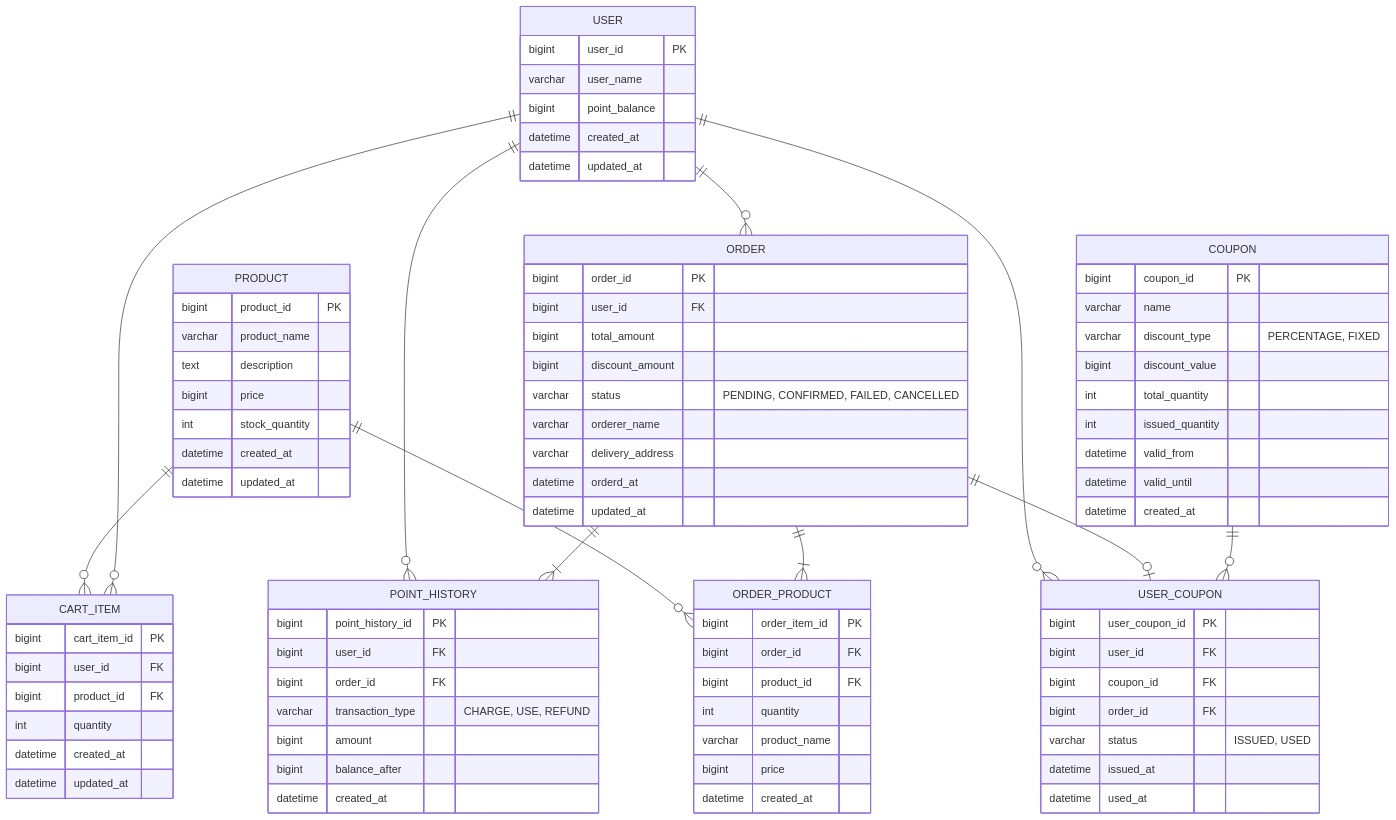
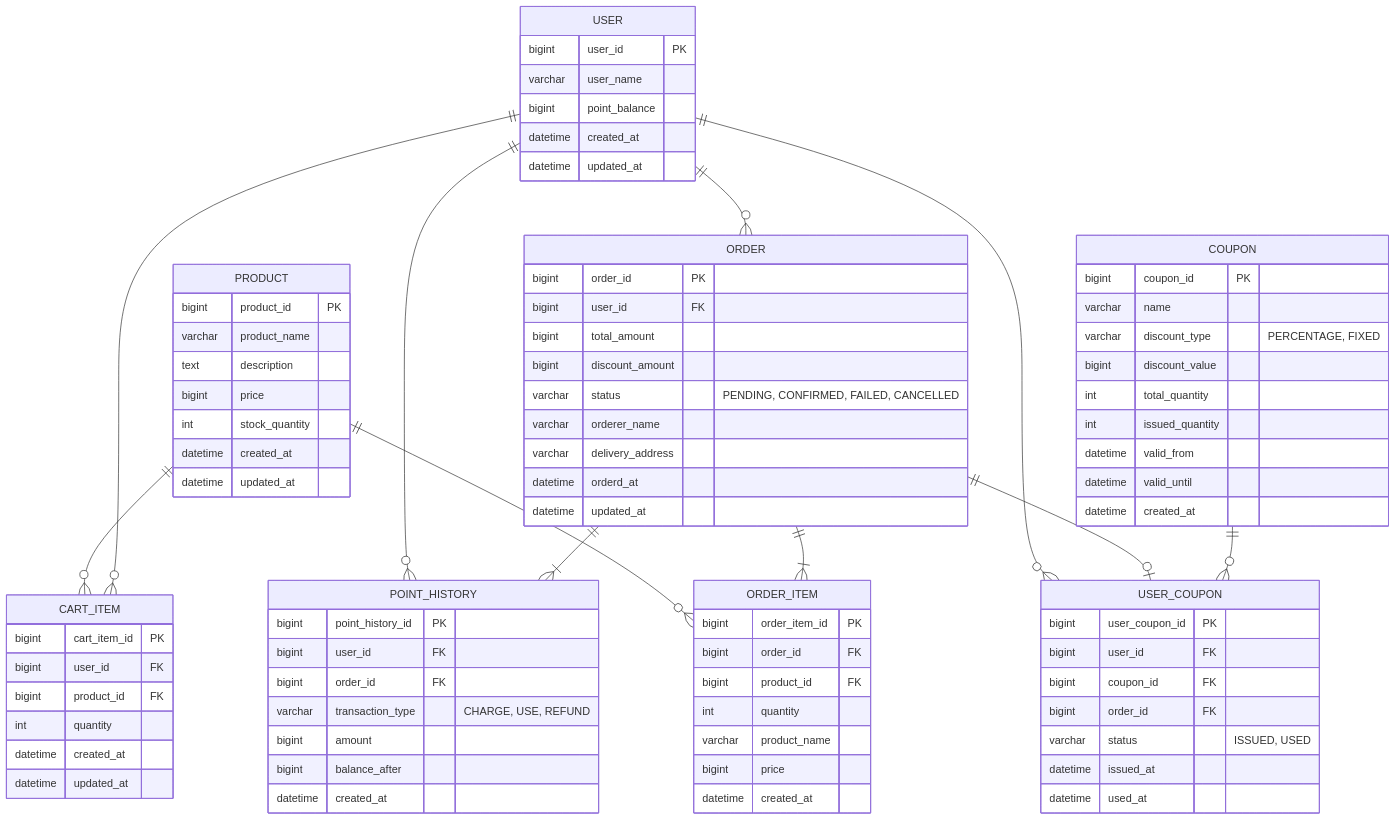
One commit to kimujin99/hhplus10_w2 changed the diagram in docs/erd.md. Above: the diagram before and after it, drawn with Mermaid. The commit also changed other lines of this file, not shown here.

First line of the commit message:
docs: ERD 테이블명을 ORDER_PRODUCT에서 ORDER_ITEM으로 변경

````diff
--- a/docs/erd.md
+++ b/docs/erd.md
@@ -5,6 +5,6 @@
 ```mermaid
 erDiagram
-    PRODUCT ||--o{ ORDER_PRODUCT : ""
+    PRODUCT ||--o{ ORDER_ITEM : ""
     PRODUCT ||--o{ CART_ITEM : ""
     
     USER ||--o{ ORDER : ""
@@ -12,7 +12,7 @@
     USER ||--o{ USER_COUPON : ""
     USER ||--o{ POINT_HISTORY : ""
 
-    ORDER ||--|{ ORDER_PRODUCT : ""
+    ORDER ||--|{ ORDER_ITEM : ""
     ORDER ||--o| USER_COUPON : ""
     ORDER ||--|{ POINT_HISTORY : ""
 
@@ -57,7 +57,7 @@
         datetime updated_at
     }
 
-    ORDER_PRODUCT {
+    ORDER_ITEM {
         bigint order_item_id PK
         bigint order_id FK
         bigint product_id FK
````
